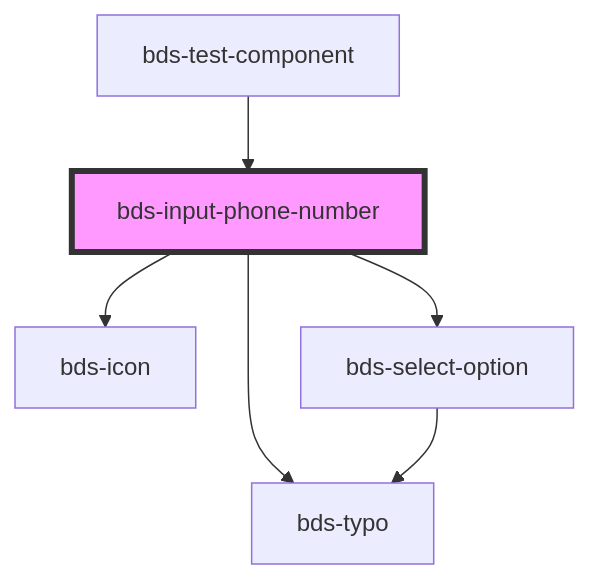
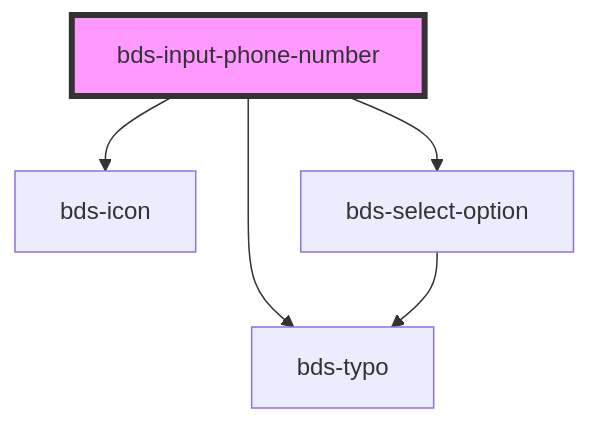
One commit to takenet/blip-ds changed the diagram in src/components/input-phone-number/readme.md. Above: the diagram before and after it, drawn with Mermaid. The commit also changed other lines of this file and 40 other files, not shown here.

Commit message:
feat(test-components): remove components example from test component

````diff
--- a/src/components/input-phone-number/readme.md
+++ b/src/components/input-phone-number/readme.md
@@ -84,9 +80,8 @@
 ```mermaid
 graph TD;
   bds-input-phone-number --> bds-icon
   bds-input-phone-number --> bds-typo
   bds-input-phone-number --> bds-select-option
   bds-select-option --> bds-typo
-  bds-test-component --> bds-input-phone-number
   style bds-input-phone-number fill:#f9f,stroke:#333,stroke-width:4px
 ```
````
